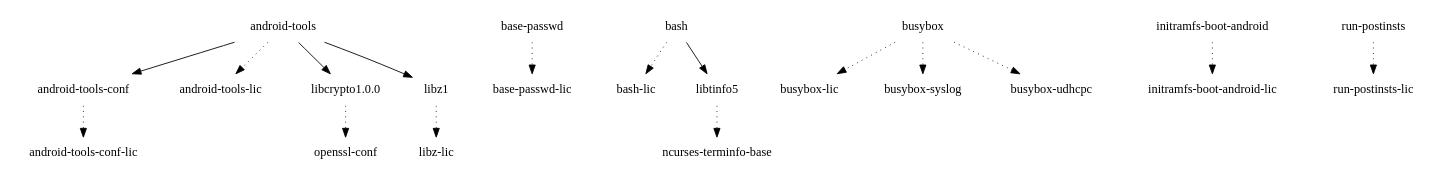
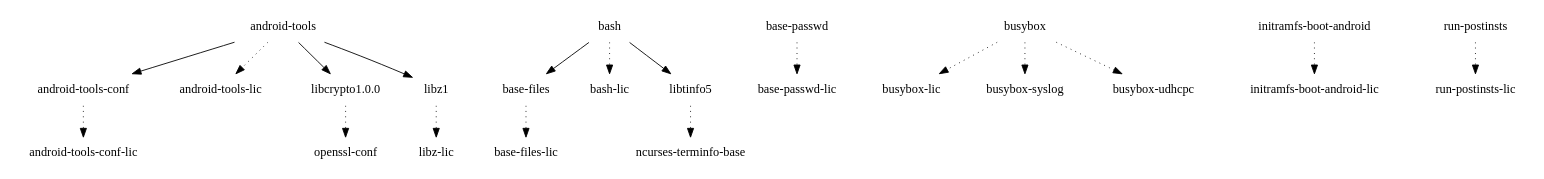
The diagram in images/mako/eglibc/initramfs-android-image/depends-nokernel-nolibc-noupdate-nomodules.dot (webOS-ports/buildhistory), drawn with Graphviz before and after one commit. The commit also changed 10 other files, not shown here.

```diff
--- a/images/mako/eglibc/initramfs-android-image/depends-nokernel-nolibc-noupdate-nomodules.dot
+++ b/images/mako/eglibc/initramfs-android-image/depends-nokernel-nolibc-noupdate-nomodules.dot
@@ -1,19 +1,21 @@
 digraph depends {
     node [shape=plaintext]
 "android-tools" -> "android-tools-conf";
 "android-tools" -> "android-tools-lic" [style=dotted];
 "android-tools" -> "libcrypto1.0.0";
 "android-tools" -> "libz1";
 "android-tools-conf" -> "android-tools-conf-lic" [style=dotted];
+"base-files" -> "base-files-lic" [style=dotted];
 "base-passwd" -> "base-passwd-lic" [style=dotted];
+"bash" -> "base-files";
 "bash" -> "bash-lic" [style=dotted];
 "bash" -> "libtinfo5";
 "busybox" -> "busybox-lic" [style=dotted];
 "busybox" -> "busybox-syslog" [style=dotted];
 "busybox" -> "busybox-udhcpc" [style=dotted];
 "initramfs-boot-android" -> "initramfs-boot-android-lic" [style=dotted];
 "libcrypto1.0.0" -> "openssl-conf" [style=dotted];
 "libtinfo5" -> "ncurses-terminfo-base" [style=dotted];
 "libz1" -> "libz-lic" [style=dotted];
 "run-postinsts" -> "run-postinsts-lic" [style=dotted];
 }
```
